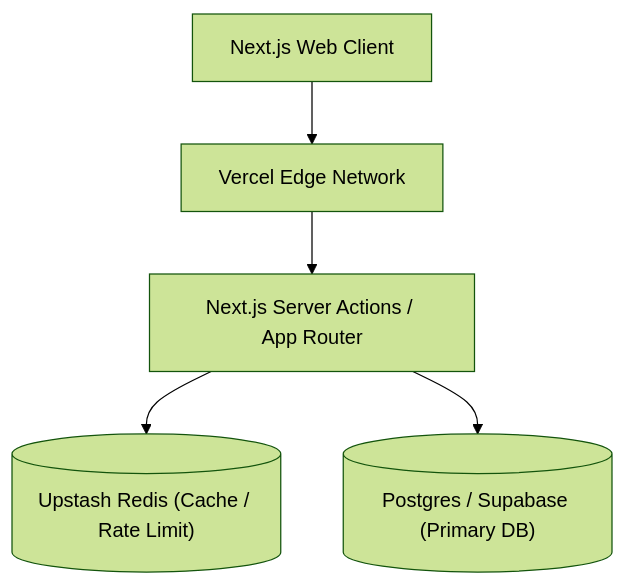
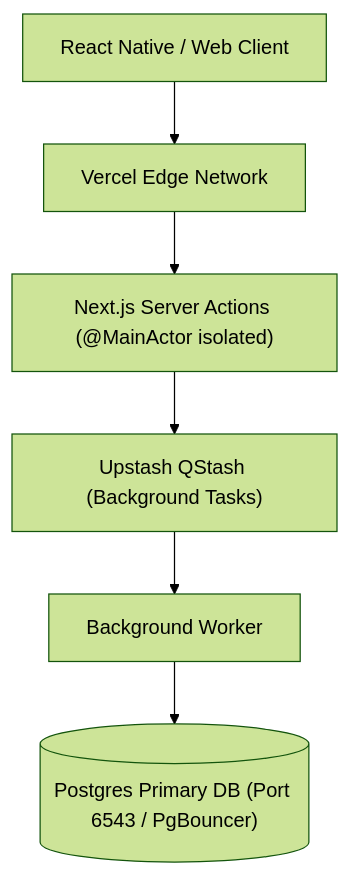
One commit to LorenzoBela/ultimate-workflows changed the second of 2 diagrams in original/ultimate-planning-workflow.md. Above: the diagram before and after it, drawn with Mermaid (forest theme). The commit also changed other lines of this file and 55 other files, not shown here.

````diff
--- a/original/ultimate-planning-workflow.md
+++ b/original/ultimate-planning-workflow.md
@@ -114,7 +133,8 @@
 ```mermaid
 graph TD
-    Client["Next.js Web Client"] --> CDN["Vercel Edge Network"]
-    CDN --> Serverless["Next.js Server Actions / App Router"]
-    Serverless --> Redis[("Upstash Redis (Cache / Rate Limit)")]
-    Serverless --> Postgres[("Postgres / Supabase (Primary DB)")]
+    Client["React Native / Web Client"] --> CDN["Vercel Edge Network"]
+    CDN --> Serverless["Next.js Server Actions (@MainActor isolated)"]
+    Serverless --> Queue["Upstash QStash (Background Tasks)"]
+    Queue --> Worker["Background Worker"]
+    Worker --> DB[("Postgres Primary DB (Port 6543 / PgBouncer)")]
 ```
````
